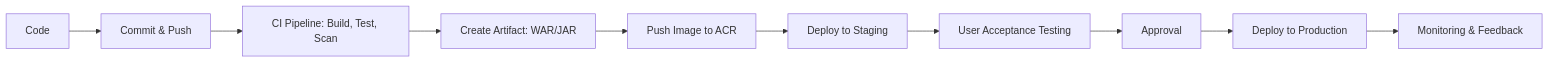
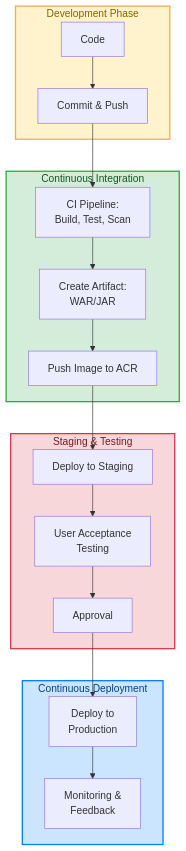
One commit to cassmastern/lers-sandbox changed the fifth of 5 diagrams in docs/jakarta-ee-azure.md. Above: the diagram before and after it, drawn with Mermaid. The commit also changed other lines of this file, not shown here.

Commit message:
updated orphan CI/CD diagram in 'jakarta ee'

````diff
--- a/docs/jakarta-ee-azure.md
+++ b/docs/jakarta-ee-azure.md
@@ -228,12 +230,44 @@
 ```mermaid
-graph LR
-  A["Code"] --> B["Commit & Push"]
-  B --> C["CI Pipeline: Build, Test, Scan"]
-  C --> D["Create Artifact: WAR/JAR"]
-  D --> E["Push Image to ACR"]
-  E --> F["Deploy to Staging"]
-  F --> G["User Acceptance Testing"]
-  G --> H["Approval"]
-  H --> I["Deploy to Production"]
-  I --> J["Monitoring & Feedback"]
+graph TD
+    subgraph Development ["Development Phase"]
+        A["Code"]
+        B["Commit & Push"]
+    end
+    
+    subgraph CI ["Continuous Integration"]
+        C["CI Pipeline:<br/>Build, Test, Scan"]
+        D["Create Artifact:<br/>WAR/JAR"]
+        E["Push Image to ACR"]
+    end
+    
+    subgraph Staging ["Staging & Testing"]
+        F["Deploy to Staging"]
+        G["User Acceptance<br/>Testing"]
+        H["Approval"]
+    end
+    
+    subgraph CD ["Continuous Deployment"]
+        I["Deploy to<br/>Production"]
+        J["Monitoring &<br/>Feedback"]
+    end
+    
+    A --> B
+    B --> C
+    C --> D
+    D --> E
+    E --> F
+    F --> G
+    G --> H
+    H --> I
+    I --> J
+    
+    classDef devStyle fill:#fff3cd,stroke:#f0ad4e,stroke-width:2px,color:#856404
+    classDef ciStyle fill:#d4edda,stroke:#28a745,stroke-width:2px,color:#155724
+    classDef stagingStyle fill:#f8d7da,stroke:#dc3545,stroke-width:2px,color:#721c24
+    classDef cdStyle fill:#cce5ff,stroke:#007bff,stroke-width:2px,color:#004085
+    
+    class Development devStyle
+    class CI ciStyle
+    class Staging stagingStyle
+    class CD cdStyle
 ```
````
